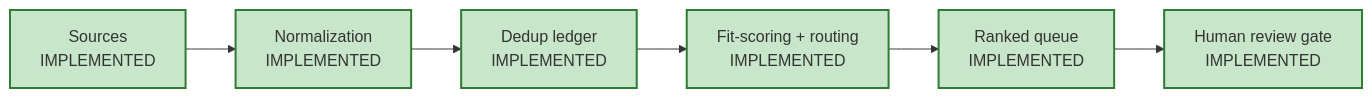
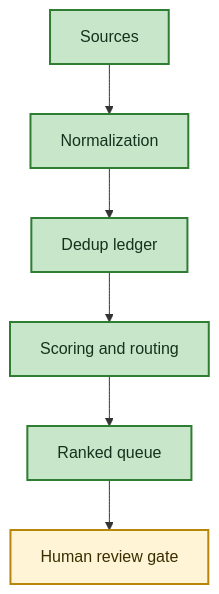
Before and after one commit to ruhinpatel/job-discovery-pipeline: the diagram in README.md, drawn with Mermaid.

Commit message:
readme: top-down architecture diagram, distinguish human-review gate

````diff
--- a/README.md
+++ b/README.md
@@ -9,15 +9,13 @@
 ```mermaid
-flowchart LR
-    A[Sources<br/>IMPLEMENTED] --> B[Normalization<br/>IMPLEMENTED]
-    B --> C[Dedup ledger<br/>IMPLEMENTED]
-    C --> D[Fit-scoring + routing<br/>IMPLEMENTED]
-    D --> E[Ranked queue<br/>IMPLEMENTED]
-    E --> F[Human review gate<br/>IMPLEMENTED]
+flowchart TD
+    A[Sources] --> B[Normalization]
+    B --> C[Dedup ledger]
+    C --> D[Scoring and routing]
+    D --> E[Ranked queue]
+    E --> F[Human review gate]
 
-    style C fill:#c8e6c9,stroke:#2e7d32,stroke-width:2px
-    style D fill:#c8e6c9,stroke:#2e7d32,stroke-width:2px
-    style E fill:#c8e6c9,stroke:#2e7d32,stroke-width:2px
-    style A fill:#c8e6c9,stroke:#2e7d32,stroke-width:2px
-    style B fill:#c8e6c9,stroke:#2e7d32,stroke-width:2px
-    style F fill:#c8e6c9,stroke:#2e7d32,stroke-width:2px
+    classDef done fill:#c8e6c9,stroke:#2e7d32,stroke-width:2px,color:#16321c;
+    classDef human fill:#fff4d6,stroke:#b8860b,stroke-width:2px,color:#3a2e00;
+    class A,B,C,D,E done;
+    class F human;
 ```
````
